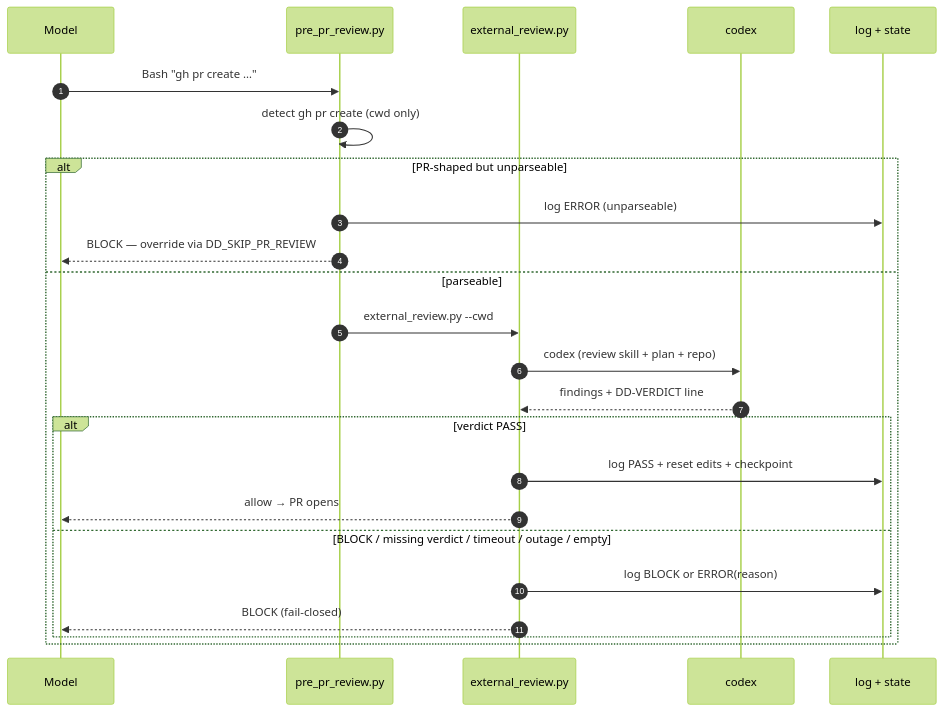
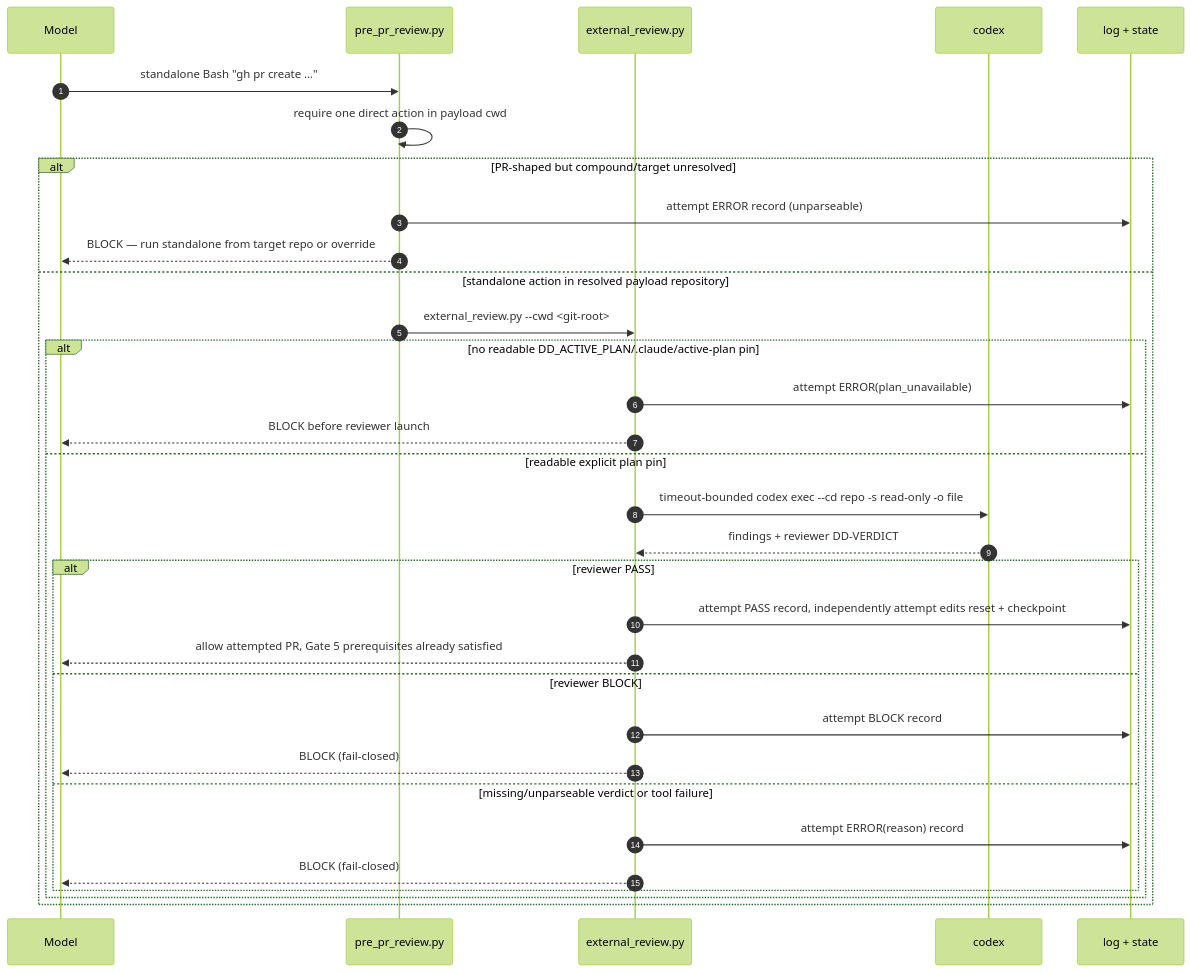
The sixth of 7 diagrams in ARCHITECTURE.md (midris/disciplined-development-skills), drawn with Mermaid (forest theme) before and after one commit. The commit also changed other lines of this file and 69 other files, not shown here.

````diff
--- a/ARCHITECTURE.md
+++ b/ARCHITECTURE.md
@@ -195,26 +236,34 @@
 ```mermaid
 sequenceDiagram
     autonumber
     participant M as Model
     participant H as pre_pr_review.py
     participant E as external_review.py
     participant C as codex
     participant L as log + state
-    M->>H: Bash "gh pr create …"
-    H->>H: detect gh pr create (cwd only)
-    alt PR-shaped but unparseable
-        H->>L: log ERROR (unparseable)
-        H-->>M: BLOCK — override via DD_SKIP_PR_REVIEW
-    else parseable
-        H->>E: external_review.py --cwd
-        E->>C: codex (review skill + plan + repo)
-        C-->>E: findings + DD-VERDICT line
-        alt verdict PASS
-            E->>L: log PASS + reset edits + checkpoint
-            E-->>M: allow → PR opens
-        else BLOCK / missing verdict / timeout / outage / empty
-            E->>L: log BLOCK or ERROR(reason)
+    M->>H: standalone Bash "gh pr create …"
+    H->>H: require one direct action in payload cwd
+    alt PR-shaped but compound/target unresolved
+        H->>L: attempt ERROR record (unparseable)
+        H-->>M: BLOCK — run standalone from target repo or override
+    else standalone action in resolved payload repository
+        H->>E: external_review.py --cwd <git-root>
+        alt no readable DD_ACTIVE_PLAN/.claude/active-plan pin
+            E->>L: attempt ERROR(plan_unavailable)
+            E-->>M: BLOCK before reviewer launch
+        else readable explicit plan pin
+            E->>C: timeout-bounded codex exec --cd repo -s read-only -o file
+            C-->>E: findings + reviewer DD-VERDICT
+        alt reviewer PASS
+            E->>L: attempt PASS record, independently attempt edits reset + checkpoint
+            E-->>M: allow attempted PR, Gate 5 prerequisites already satisfied
+        else reviewer BLOCK
+            E->>L: attempt BLOCK record
             E-->>M: BLOCK (fail-closed)
+        else missing/unparseable verdict or tool failure
+            E->>L: attempt ERROR(reason) record
+            E-->>M: BLOCK (fail-closed)
+        end
         end
     end
 ```
````
